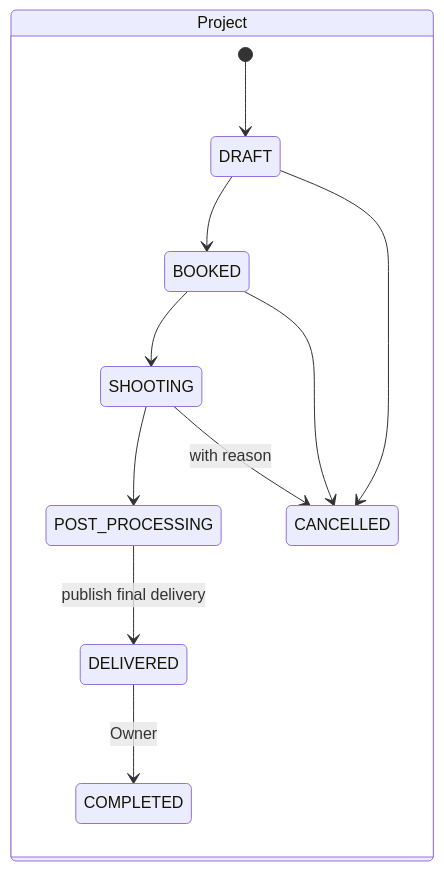
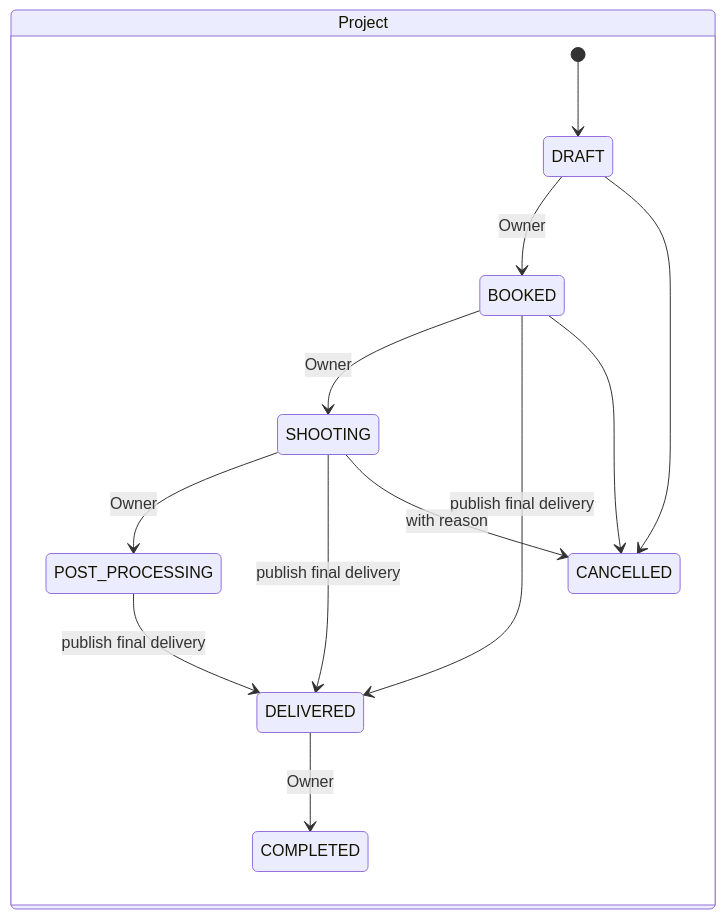
Before and after one commit to hardi-dev/shutrly-v0: the second of 4 diagrams in docs/domain/domain-model.md, drawn with Mermaid. The commit also changed other lines of this file and 5 other files, not shown here.

````diff
--- a/docs/domain/domain-model.md
+++ b/docs/domain/domain-model.md
@@ -85,14 +85,16 @@
 ```mermaid
 stateDiagram-v2
     state Project {
       [*] --> DRAFT
-      DRAFT --> BOOKED
-      BOOKED --> SHOOTING
-      SHOOTING --> POST_PROCESSING
+      DRAFT --> BOOKED : Owner
+      BOOKED --> SHOOTING : Owner
+      SHOOTING --> POST_PROCESSING : Owner
       POST_PROCESSING --> DELIVERED : publish final delivery
+      BOOKED --> DELIVERED : publish final delivery
+      SHOOTING --> DELIVERED : publish final delivery
       DELIVERED --> COMPLETED : Owner
       DRAFT --> CANCELLED
       BOOKED --> CANCELLED
       SHOOTING --> CANCELLED : with reason
     }
 ```
````
